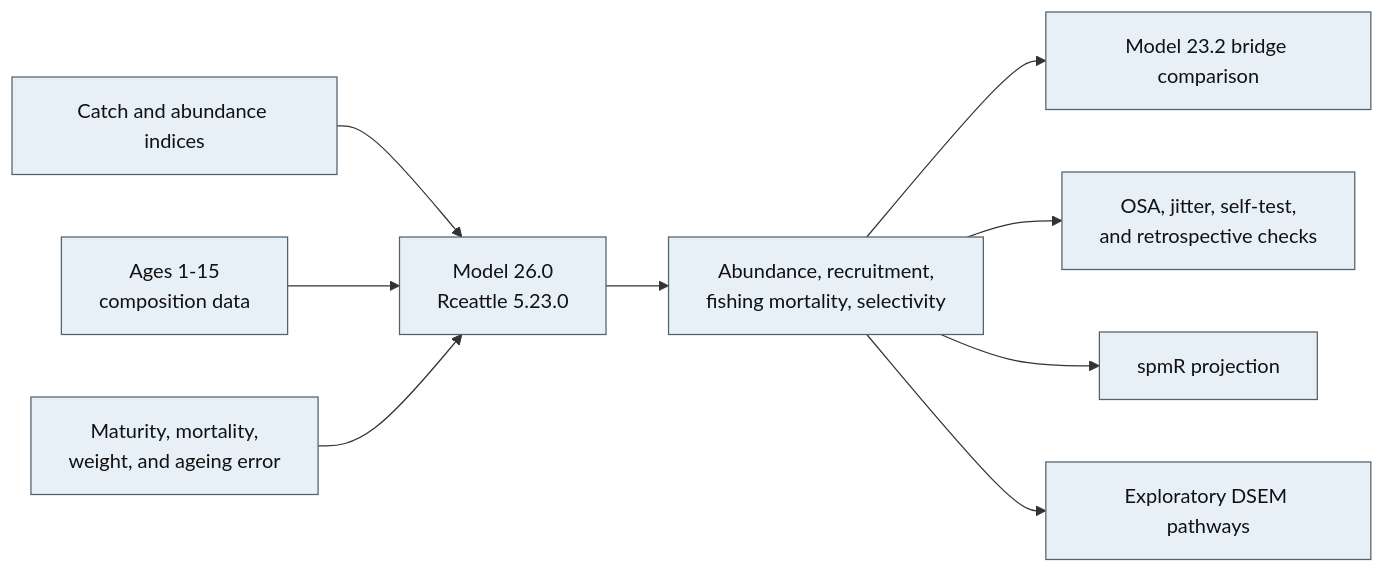
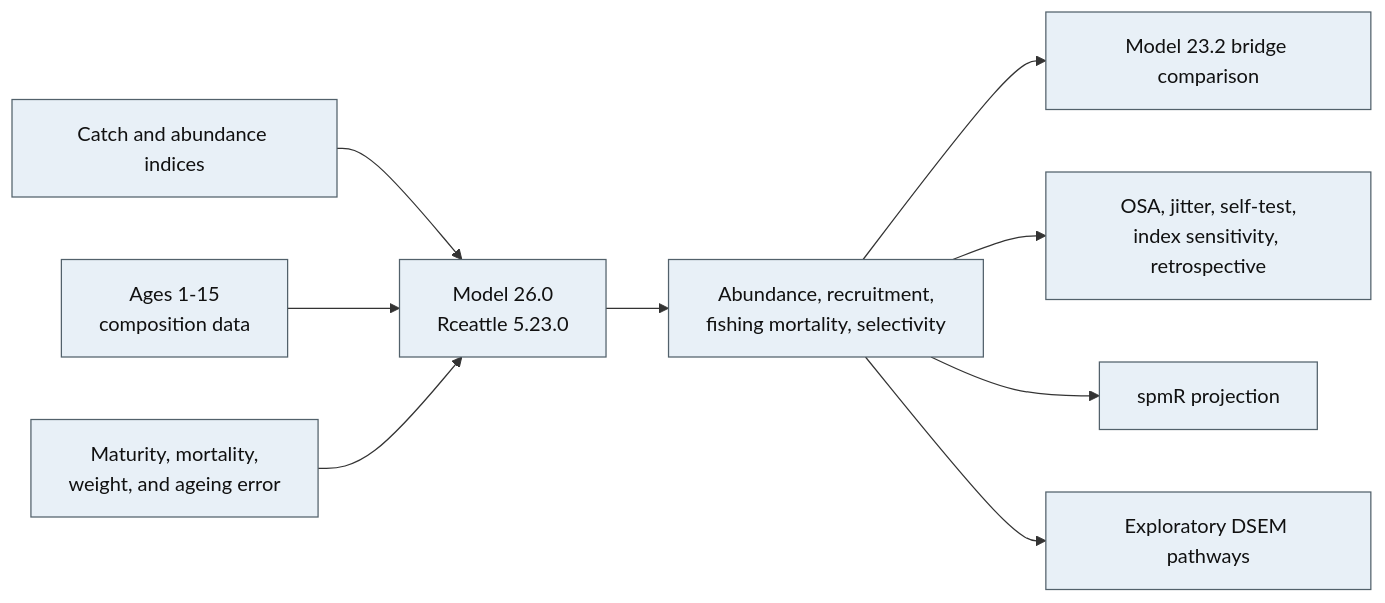
Before and after one commit to noaa-afsc/EBS_pollock: the second of 2 diagrams in doc/EBSpollock_Sept_2026.qmd, drawn with Mermaid. The commit also changed other lines of this file and 12 other files, not shown here.

Commit message:
Add Model 26 index-series sensitivities

````diff
--- a/doc/EBSpollock_Sept_2026.qmd
+++ b/doc/EBSpollock_Sept_2026.qmd
@@ -343,19 +363,19 @@
 ```{mermaid}
 %%| label: fig-model-26-approach
 %%| fig-cap: "Data and calculation flow for the simple Model 26.0 Rceattle analysis."
-%%| fig-alt: "Fishery catch, survey and abundance indices, age compositions, and biological schedules enter the Rceattle population model. The model estimates annual abundance, recruitment, fishing mortality, and selectivity. The fitted model is then compared with the Model 23.2 bridge and used for OSA residuals, jitter tests, self-tests, retrospective analysis, Standard Projection Model projections, and exploratory DSEM pathways."
+%%| fig-alt: "Fishery catch, survey and abundance indices, age compositions, and biological schedules enter the Rceattle population model. The model estimates annual abundance, recruitment, fishing mortality, and selectivity. The fitted model is then compared with the Model 23.2 bridge and used for OSA residuals, jitter tests, self-tests, whole-index-fleet sensitivities, retrospective analysis, Standard Projection Model projections, and exploratory DSEM pathways."
 
 flowchart LR
   accTitle: Simple Model 26.0 data and analysis flow
   accDescr: Assessment observations and biological schedules enter the simple Rceattle population model. Its fitted states support the bridge comparison, diagnostics, projection, and exploratory DSEM analyses.
   A["Catch and abundance indices"] --> M["Model 26.0<br/>Rceattle 5.23.0"]
   B["Ages 1-15<br/>composition data"] --> M
   C["Maturity, mortality,<br/>weight, and ageing error"] --> M
   M --> S["Abundance, recruitment,<br/>fishing mortality, selectivity"]
   S --> V["Model 23.2 bridge comparison"]
-  S --> D["OSA, jitter, self-test,<br/>and retrospective checks"]
+  S --> D["OSA, jitter, self-test,<br/>index sensitivity, retrospective"]
   S --> P["spmR projection"]
   S --> E["Exploratory DSEM pathways"]
   classDef input fill:#e8f0f7,stroke:#52616b,color:#111111
   class A,B,C,M,S,V,D,P,E input
 ```
````
